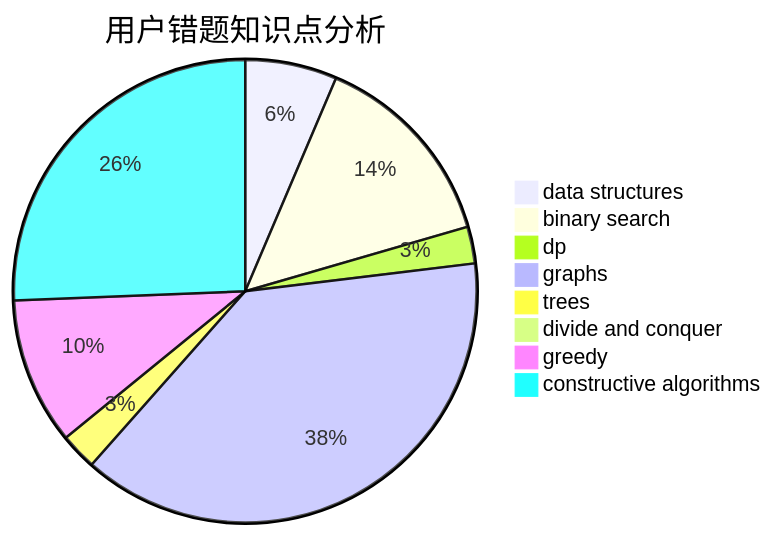
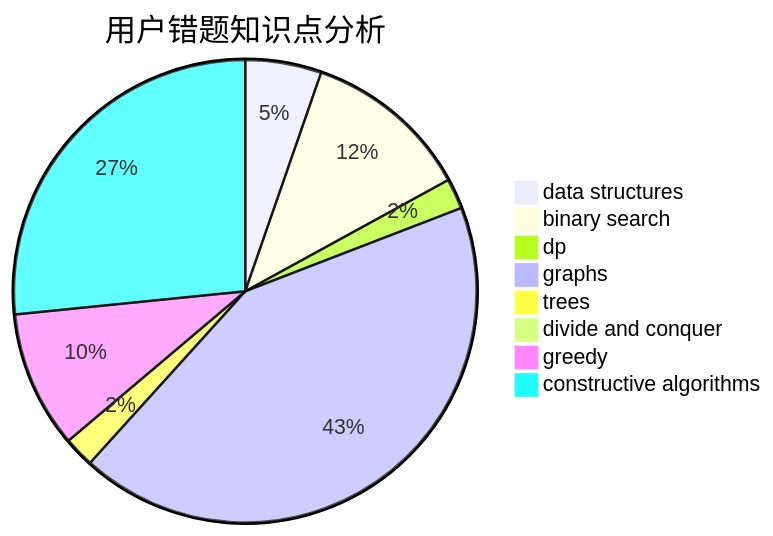
The third of 3 diagrams in docs/user/u861.md (sherpahu/cfrs.github.io), drawn with Mermaid before and after one commit. The commit also changed other lines of this file and 2770 other files, not shown here.

````diff
--- a/docs/user/u861.md
+++ b/docs/user/u861.md
@@ -36,11 +36,11 @@
 ```mermaid
 pie title 用户错题知识点分析
     "data structures" :  5
     "binary search" :  11
     "dp" :  2
-    "graphs" :  30
+    "graphs" :  40
     "trees" :  2
     "divide and conquer" :  0
-    "greedy" :  8
-    "constructive algorithms" :  20
+    "greedy" :  9
+    "constructive algorithms" :  25
 ```
````
